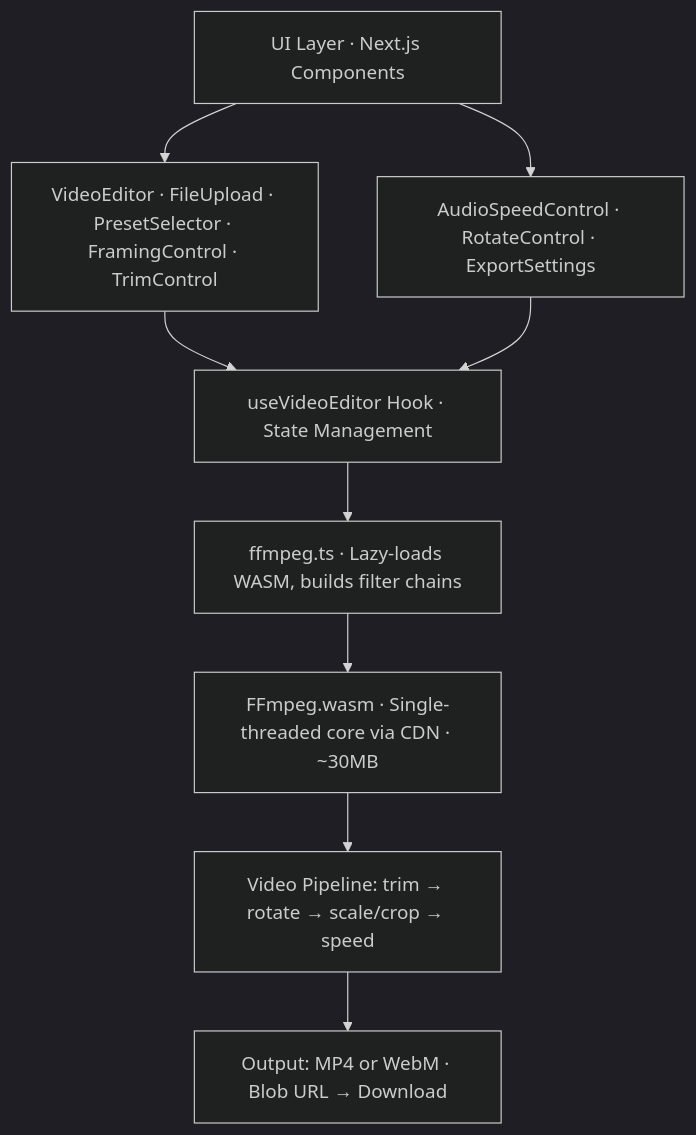
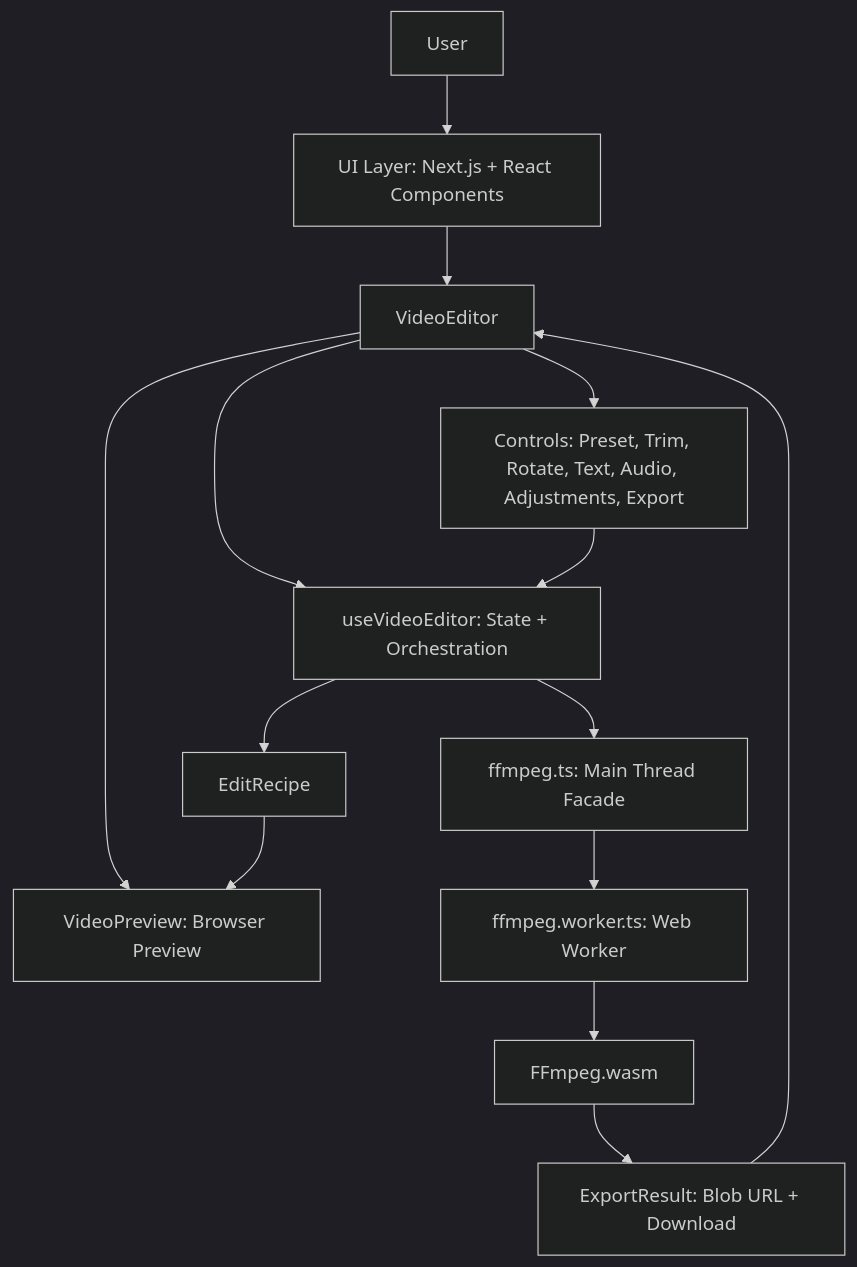
Before and after one commit to magic-peach/reframe: the first of 3 diagrams in docs/ARCHITECTURE.md, drawn with Mermaid (dark theme). The commit also changed other lines of this file, not shown here.

Commit message:
updated ARCHITECTURE.md for the implementation of preview architecture

````diff
--- a/docs/ARCHITECTURE.md
+++ b/docs/ARCHITECTURE.md
@@ -29,11 +21,16 @@
 ```mermaid
 graph TD
-    A["UI Layer · Next.js Components"] --> B["VideoEditor · FileUpload · PresetSelector · FramingControl · TrimControl"]
-    A --> C["AudioSpeedControl · RotateControl · ExportSettings"]
-    B --> D["useVideoEditor Hook · State Management"]
-    C --> D
-    D --> E["ffmpeg.ts · Lazy-loads WASM, builds filter chains"]
-    E --> F["FFmpeg.wasm · Single-threaded core via CDN · ~30MB"]
-    F --> G["Video Pipeline: trim → rotate → scale/crop → speed"]
-    G --> I["Output: MP4 or WebM · Blob URL → Download"]
+    User["User"] --> UI["UI Layer: Next.js + React Components"]
+    UI --> Editor["VideoEditor"]
+    Editor --> Hook["useVideoEditor: State + Orchestration"]
+    Editor --> Preview["VideoPreview: Browser Preview"]
+    Editor --> Controls["Controls: Preset, Trim, Rotate, Text, Audio, Adjustments, Export"]
+    Controls --> Hook
+    Hook --> Recipe["EditRecipe"]
+    Recipe --> Preview
+    Hook --> FFmpegFacade["ffmpeg.ts: Main Thread Facade"]
+    FFmpegFacade --> Worker["ffmpeg.worker.ts: Web Worker"]
+    Worker --> Wasm["FFmpeg.wasm"]
+    Wasm --> Result["ExportResult: Blob URL + Download"]
+    Result --> Editor
 ```
````
